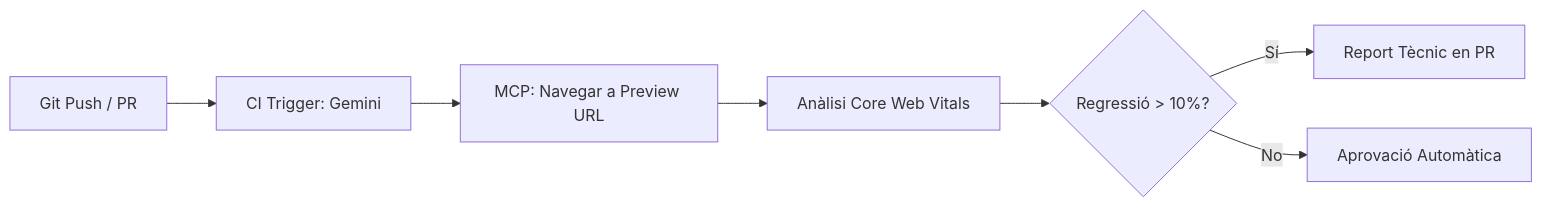
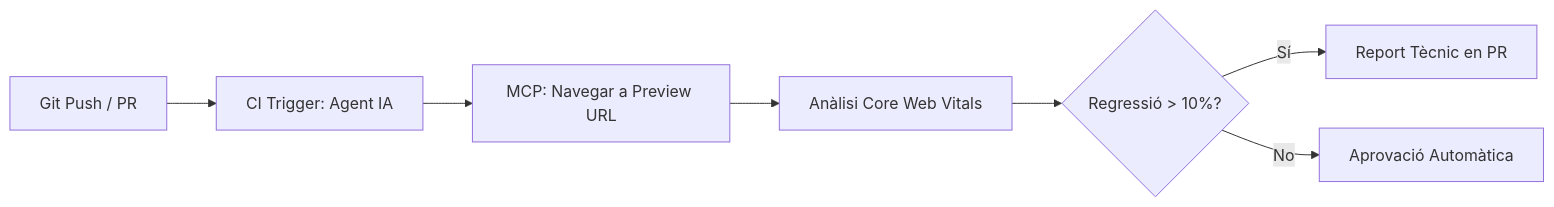
One commit to nucliweb/webperf-debugging-devtools-mcp changed the first of 2 diagrams in docs/workflows.cat.md. Above: the diagram before and after it, drawn with Mermaid. The commit also changed other lines of this file and 38 other files, not shown here.

````diff
--- a/docs/workflows.cat.md
+++ b/docs/workflows.cat.md
@@ -9,9 +9,9 @@
 ```mermaid
 graph LR
-    A[Git Push / PR] --> B[CI Trigger: Gemini]
+    A[Git Push / PR] --> B[CI Trigger: Agent IA]
     B --> C[MCP: Navegar a Preview URL]
     C --> D[Anàlisi Core Web Vitals]
     D --> E{Regressió > 10%?}
     E -- Sí --> F[Report Tècnic en PR]
     E -- No --> G[Aprovació Automàtica]
 ```
````
